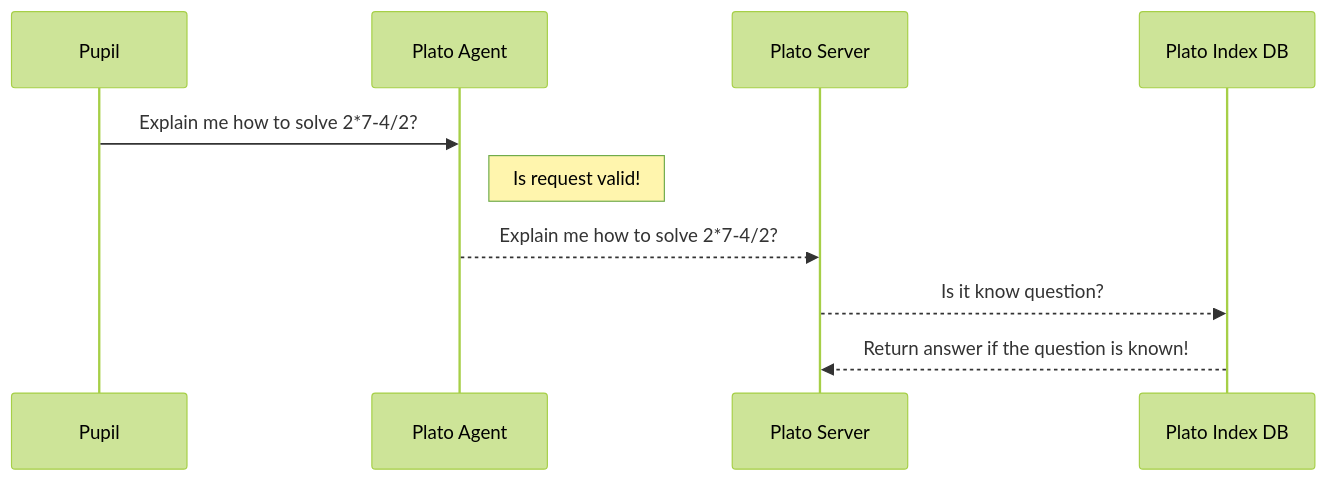
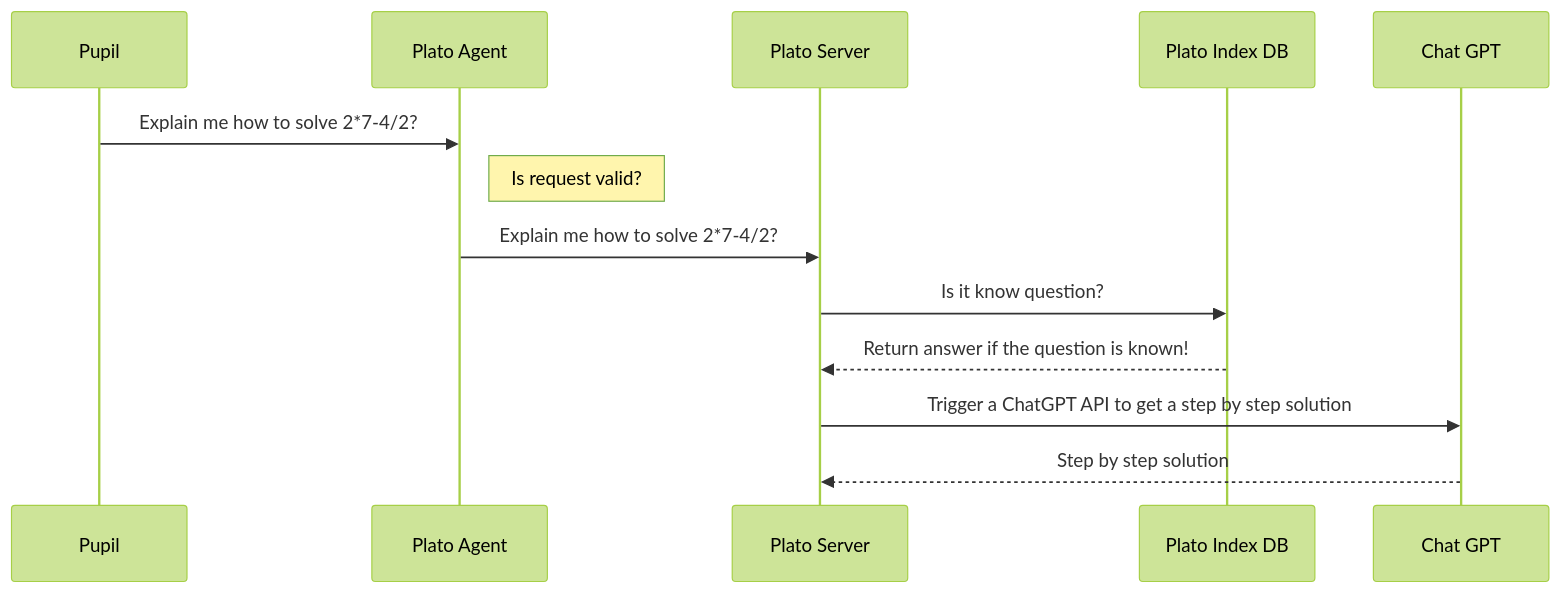
The diagram in README.md (dimastatz/plato), drawn with Mermaid (forest theme) before and after one commit.

Commit message:
add chat GPT to sequence diagram

````diff
--- a/README.md
+++ b/README.md
@@ -21,8 +21,10 @@
 ```mermaid
 sequenceDiagram
 Pupil->>Plato Agent: Explain me how to solve 2*7-4/2?
-Note right of Plato Agent: Is request valid!
-Plato Agent-->>Plato Server: Explain me how to solve 2*7-4/2?
-Plato Server-->>Plato Index DB: Is it know question?
+Note right of Plato Agent: Is request valid?
+Plato Agent->>Plato Server: Explain me how to solve 2*7-4/2?
+Plato Server->>Plato Index DB: Is it know question?
 Plato Index DB-->>Plato Server: Return answer if the question is known!
+Plato Server->>Chat GPT: Trigger a ChatGPT API to get a step by step solution
+Chat GPT-->>Plato Server: Step by step solution
 ```
````
